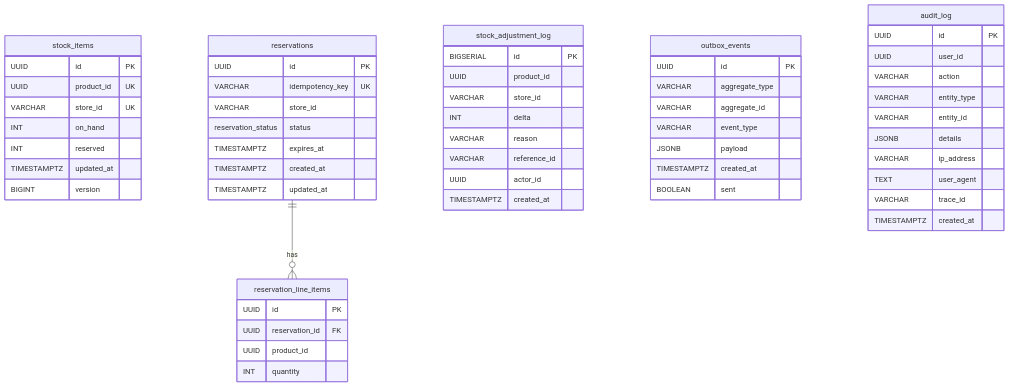
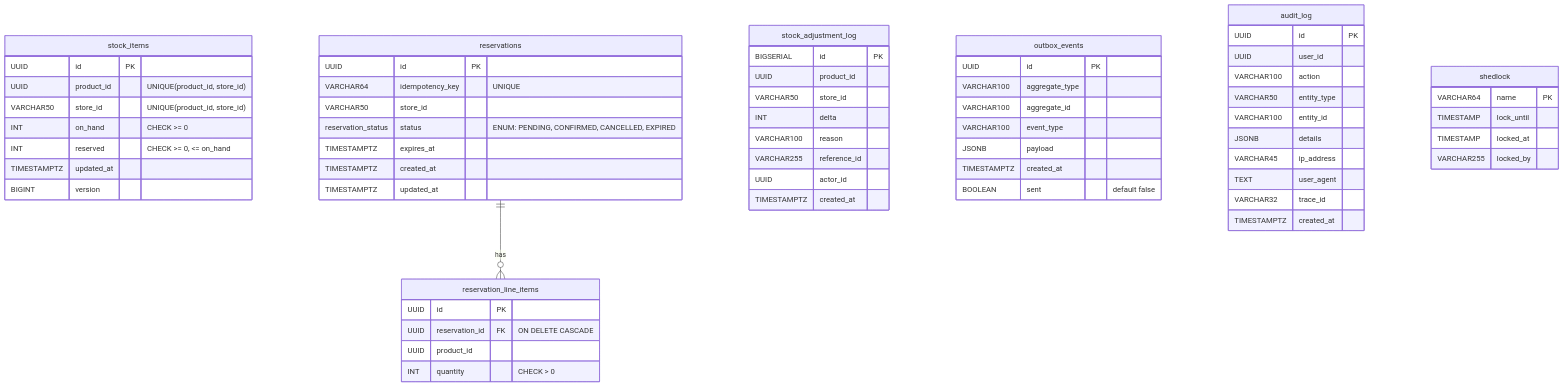
The eighth of 8 diagrams in services/inventory-service/README.md (sunitakeazycommerz-a11y/InstaCommerce), drawn with Mermaid before and after one commit. The commit also changed other lines of this file and 554 other files, not shown here.

````diff
--- a/services/inventory-service/README.md
+++ b/services/inventory-service/README.md
@@ -212,65 +455,72 @@
 ```mermaid
 erDiagram
     stock_items {
         UUID id PK
-        UUID product_id UK
-        VARCHAR store_id UK
-        INT on_hand
-        INT reserved
+        UUID product_id "UNIQUE(product_id, store_id)"
+        VARCHAR50 store_id "UNIQUE(product_id, store_id)"
+        INT on_hand "CHECK >= 0"
+        INT reserved "CHECK >= 0, <= on_hand"
         TIMESTAMPTZ updated_at
         BIGINT version
     }
 
     reservations {
         UUID id PK
-        VARCHAR idempotency_key UK
-        VARCHAR store_id
-        reservation_status status
+        VARCHAR64 idempotency_key "UNIQUE"
+        VARCHAR50 store_id
+        reservation_status status "ENUM: PENDING, CONFIRMED, CANCELLED, EXPIRED"
         TIMESTAMPTZ expires_at
         TIMESTAMPTZ created_at
         TIMESTAMPTZ updated_at
     }
 
     reservation_line_items {
         UUID id PK
-        UUID reservation_id FK
+        UUID reservation_id FK "ON DELETE CASCADE"
         UUID product_id
-        INT quantity
+        INT quantity "CHECK > 0"
     }
 
     stock_adjustment_log {
         BIGSERIAL id PK
         UUID product_id
-        VARCHAR store_id
+        VARCHAR50 store_id
         INT delta
-        VARCHAR reason
-        VARCHAR reference_id
+        VARCHAR100 reason
+        VARCHAR255 reference_id
         UUID actor_id
         TIMESTAMPTZ created_at
     }
 
     outbox_events {
         UUID id PK
-        VARCHAR aggregate_type
-        VARCHAR aggregate_id
-        VARCHAR event_type
+        VARCHAR100 aggregate_type
+        VARCHAR100 aggregate_id
+        VARCHAR100 event_type
         JSONB payload
         TIMESTAMPTZ created_at
-        BOOLEAN sent
+        BOOLEAN sent "default false"
     }
 
     audit_log {
         UUID id PK
         UUID user_id
-        VARCHAR action
-        VARCHAR entity_type
-        VARCHAR entity_id
+        VARCHAR100 action
+        VARCHAR50 entity_type
+        VARCHAR100 entity_id
         JSONB details
-        VARCHAR ip_address
+        VARCHAR45 ip_address
         TEXT user_agent
-        VARCHAR trace_id
+        VARCHAR32 trace_id
         TIMESTAMPTZ created_at
+    }
+
+    shedlock {
+        VARCHAR64 name PK
+        TIMESTAMP lock_until
+        TIMESTAMP locked_at
+        VARCHAR255 locked_by
     }
 
     reservations ||--o{ reservation_line_items : "has"
 ```
````
